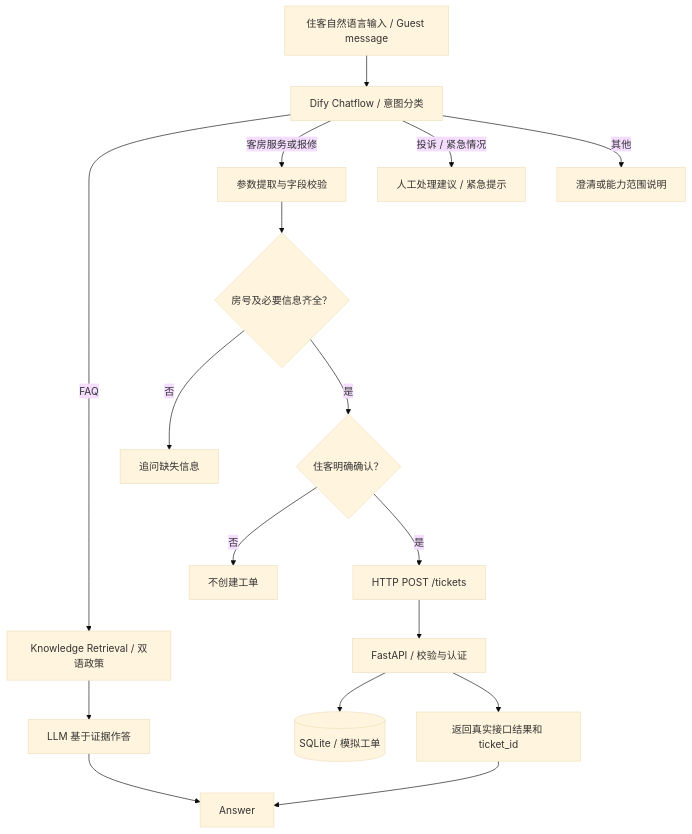
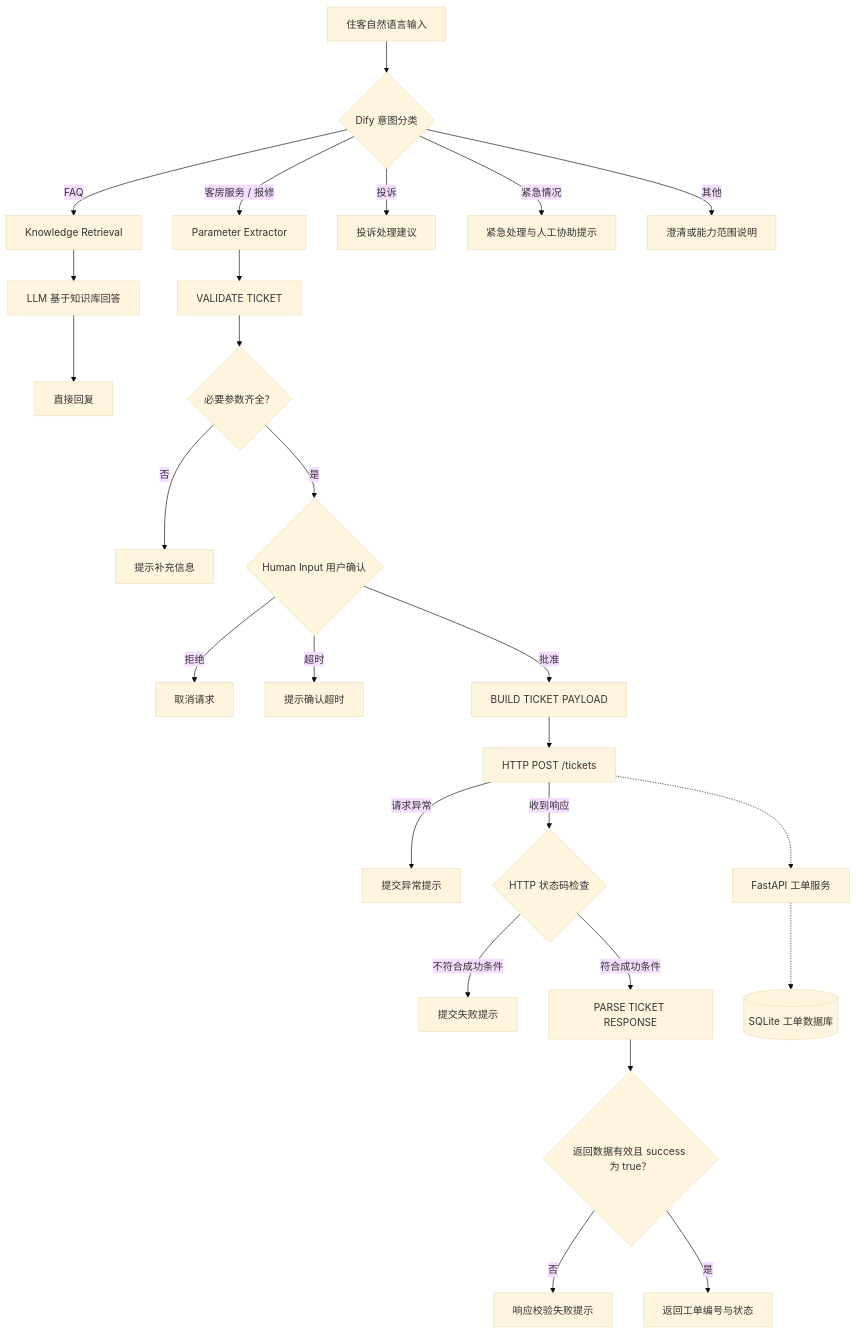
The diagram in README.md (Jacky-021217/staypilot-hotel-agent), drawn with Mermaid (base theme) before and after one commit.

Commit message:
Update README with Mermaid

````diff
--- a/README.md
+++ b/README.md
@@ -82,19 +82,37 @@
 ```mermaid
 flowchart TD
-    A[住客自然语言输入 / Guest message] --> B[Dify Chatflow / 意图分类]
-    B -->|FAQ| C[Knowledge Retrieval / 双语政策]
-    C --> D[LLM 基于证据作答]
-    D --> E[Answer]
-    B -->|客房服务或报修| F[参数提取与字段校验]
-    F --> G{房号及必要信息齐全？}
-    G -->|否| H[追问缺失信息]
-    G -->|是| I{住客明确确认？}
-    I -->|否| J[不创建工单]
-    I -->|是| K[HTTP POST /tickets]
-    K --> L[FastAPI / 校验与认证]
-    L --> M[(SQLite / 模拟工单)]
-    L --> N[返回真实接口结果和 ticket_id]
-    N --> E
-    B -->|投诉 / 紧急情况| O[人工处理建议 / 紧急提示]
-    B -->|其他| P[澄清或能力范围说明]
+    A["住客自然语言输入"] --> B{"Dify 意图分类"}
+
+    B -->|FAQ| C["Knowledge Retrieval"]
+    C --> D["LLM 基于知识库回答"]
+    D --> E["直接回复"]
+
+    B -->|客房服务 / 报修| F["Parameter Extractor"]
+    F --> G["VALIDATE TICKET"]
+    G --> H{"必要参数齐全？"}
+
+    H -->|否| I["提示补充信息"]
+    H -->|是| J{"Human Input 用户确认"}
+
+    J -->|拒绝| K["取消请求"]
+    J -->|超时| L["提示确认超时"]
+    J -->|批准| M["BUILD TICKET PAYLOAD"]
+
+    M --> N["HTTP POST /tickets"]
+    N -->|请求异常| O["提交异常提示"]
+    N -->|收到响应| P{"HTTP 状态码检查"}
+
+    P -->|不符合成功条件| Q["提交失败提示"]
+    P -->|符合成功条件| R["PARSE TICKET RESPONSE"]
+
+    R --> S{"返回数据有效且 success 为 true？"}
+    S -->|否| T["响应校验失败提示"]
+    S -->|是| U["返回工单编号与状态"]
+
+    B -->|投诉| V["投诉处理建议"]
+    B -->|紧急情况| W["紧急处理与人工协助提示"]
+    B -->|其他| X["澄清或能力范围说明"]
+
+    N -.-> Y["FastAPI 工单服务"]
+    Y -.-> Z[("SQLite 工单数据库")]
 ```
````
